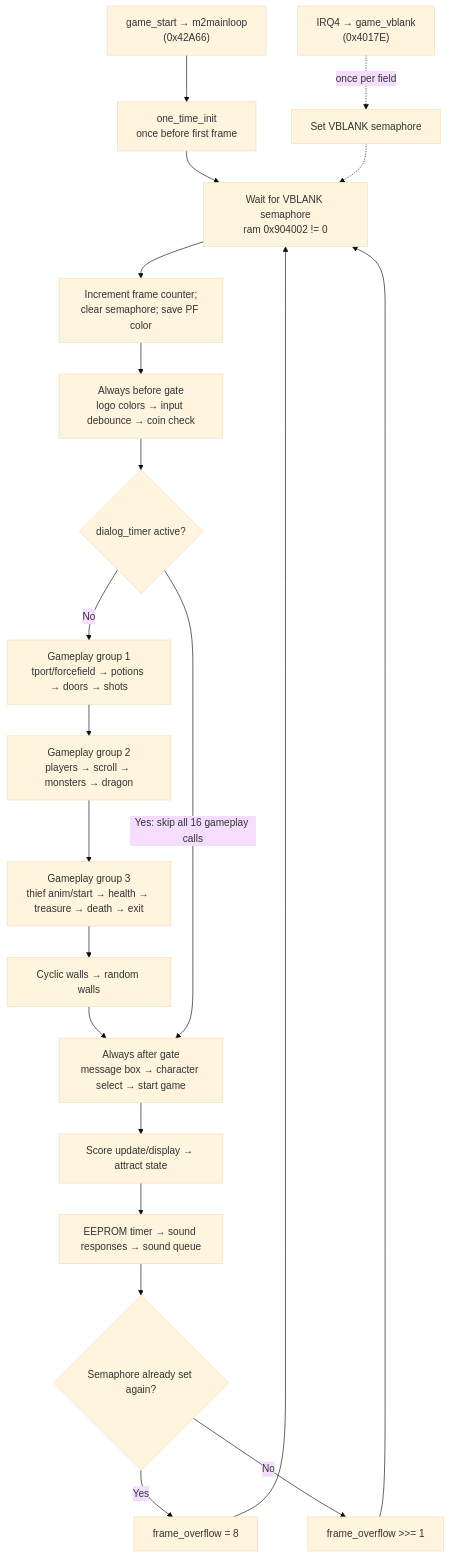
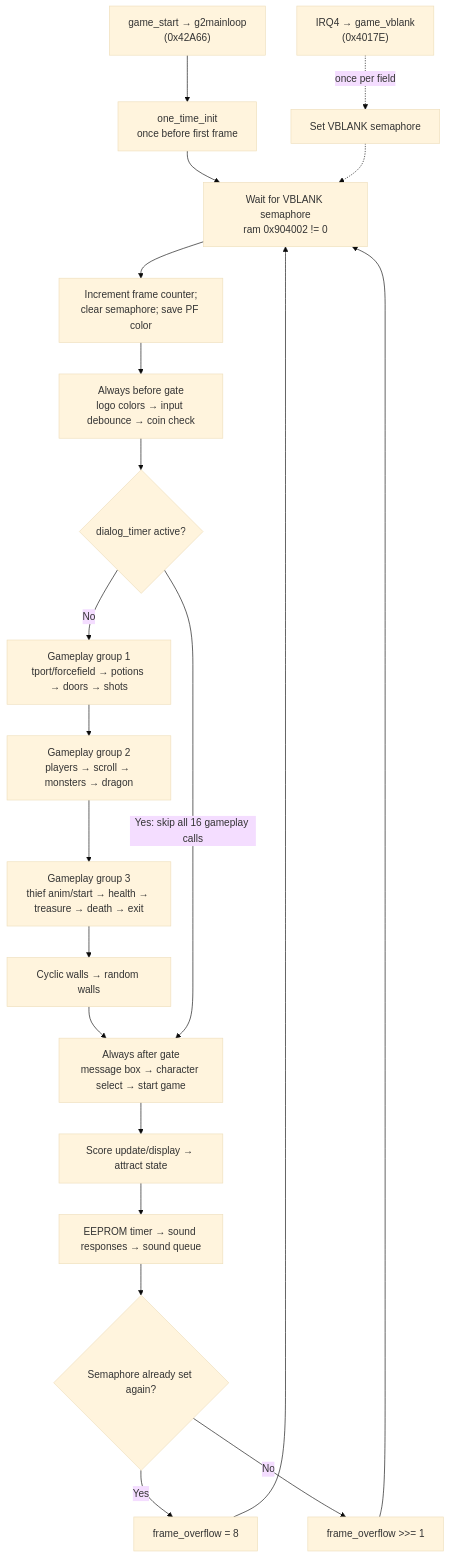
Before and after one commit to alinsavix/gauntlet-gamerom-ai-reveng: the second of 2 diagrams in doc/03_game_rom_structure.md, drawn with Mermaid (base theme). The commit also changed other lines of this file and 14 other files, not shown here.

````diff
--- a/doc/03_game_rom_structure.md
+++ b/doc/03_game_rom_structure.md
@@ -120,27 +120,27 @@
 ```mermaid
 flowchart TD
-    start["game_start → m2mainloop<br/>(0x42A66)"] --> once["one_time_init<br/>once before first frame"]
+    start["game_start → g2mainloop<br/>(0x42A66)"] --> once["one_time_init<br/>once before first frame"]
     once --> wait["Wait for VBLANK semaphore<br/>ram 0x904002 != 0"]
 
     irq["IRQ4 → game_vblank<br/>(0x4017E)"] -. once per field .-> publish["Set VBLANK semaphore"]
     publish -.-> wait
 
     wait --> consume["Increment frame counter;<br/>clear semaphore; save PF color"]
     consume --> pre["Always before gate<br/>logo colors → input debounce → coin check"]
     pre --> dialog{"dialog_timer active?"}
 
     dialog -- "No" --> gameplay1["Gameplay group 1<br/>tport/forcefield → potions → doors → shots"]
     gameplay1 --> gameplay2["Gameplay group 2<br/>players → scroll → monsters → dragon"]
     gameplay2 --> gameplay3["Gameplay group 3<br/>thief anim/start → health → treasure → death → exit"]
     gameplay3 --> walls["Cyclic walls → random walls"]
     walls --> post1
 
     dialog -- "Yes: skip all 16 gameplay calls" --> post1["Always after gate<br/>message box → character select → start game"]
     post1 --> post2["Score update/display → attract state"]
     post2 --> post3["EEPROM timer → sound responses → sound queue"]
     post3 --> overflow{"Semaphore already set again?"}
     overflow -- "Yes" --> late["frame_overflow = 8"]
     overflow -- "No" --> decay["frame_overflow >>= 1"]
     late --> wait
     decay --> wait
 ```
````
